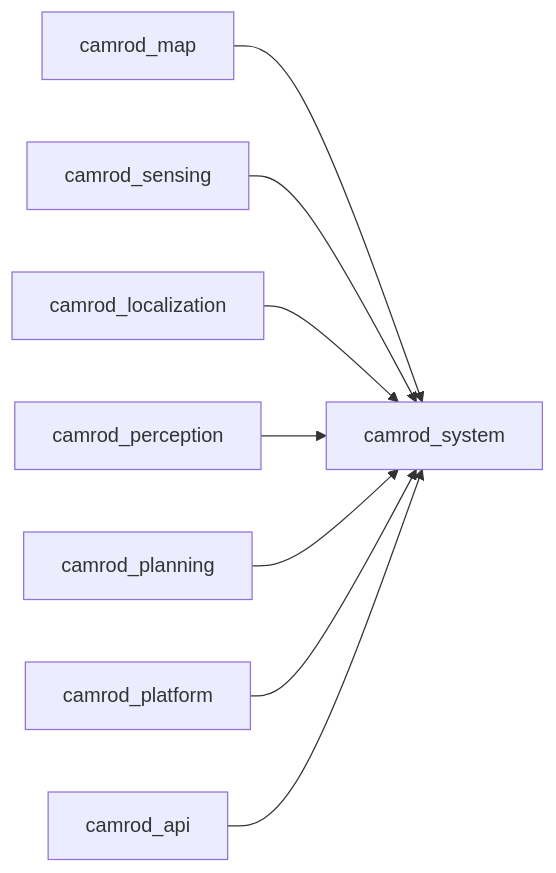
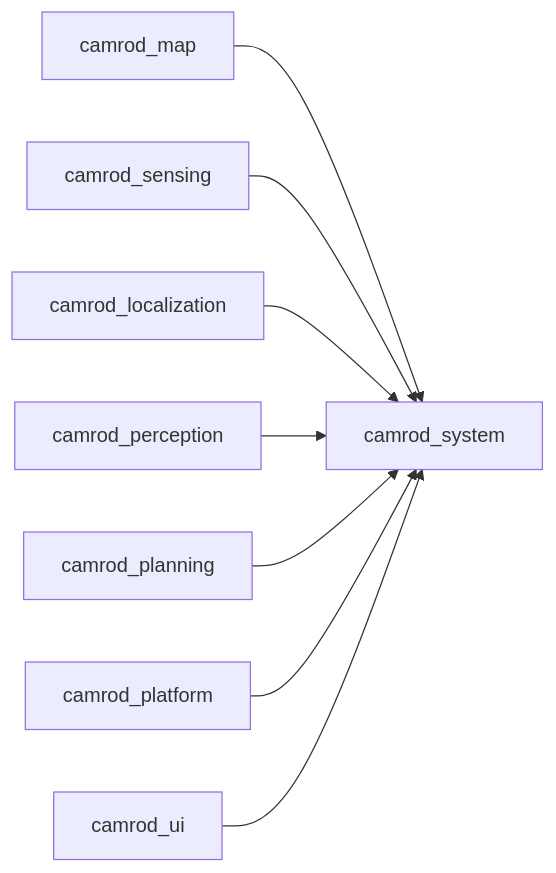
Before and after one commit to hwanhonglee/CAMROD: the second of 2 diagrams in camrod_system/README.md, drawn with Mermaid. The commit also changed 367 other files, not shown here.

First line of the commit message:
Release v1.7: cost grid architecture, namespace camrod, param _s normalization

````diff
--- a/camrod_system/README.md
+++ b/camrod_system/README.md
@@ -30,10 +30,10 @@
 ```mermaid
 graph LR
   MAP[camrod_map] --> SYS[camrod_system]
   SENSING[camrod_sensing] --> SYS
   LOC[camrod_localization] --> SYS
   PER[camrod_perception] --> SYS
   PLAN[camrod_planning] --> SYS
   PLATFORM[camrod_platform] --> SYS
-  API[camrod_api] --> SYS
+  API[camrod_ui] --> SYS
 ```
````
